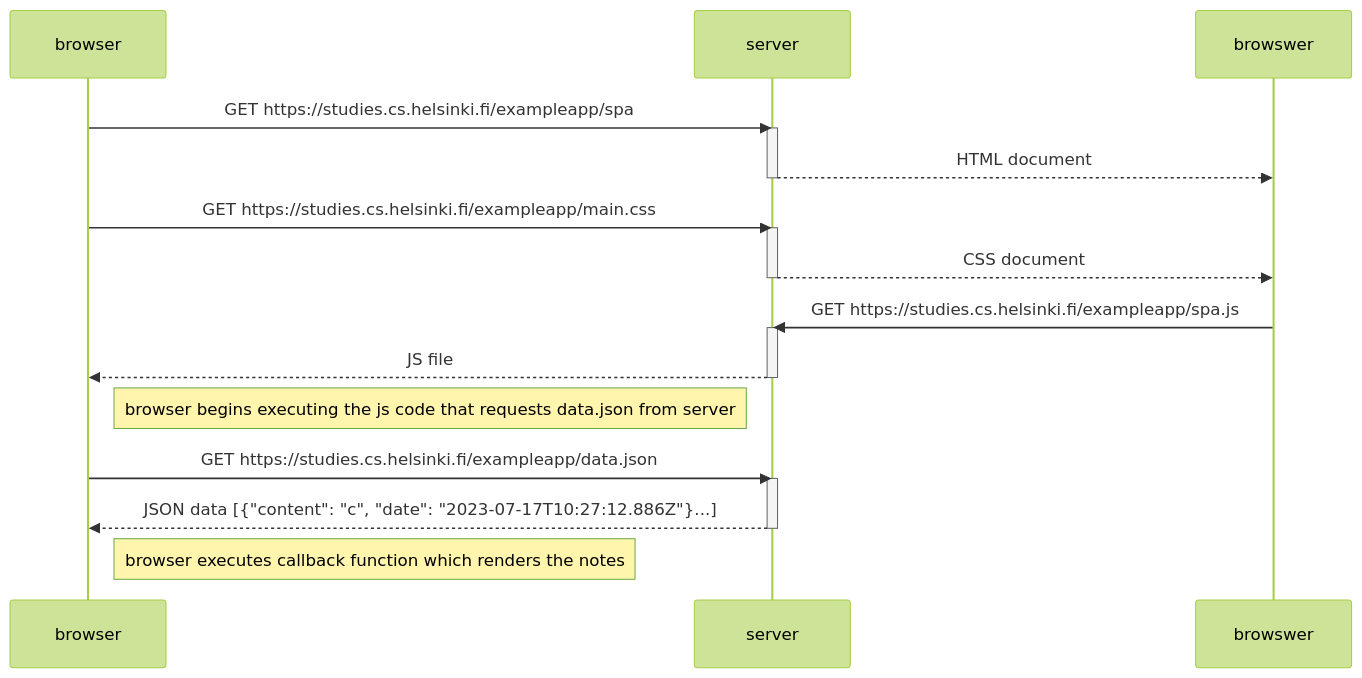
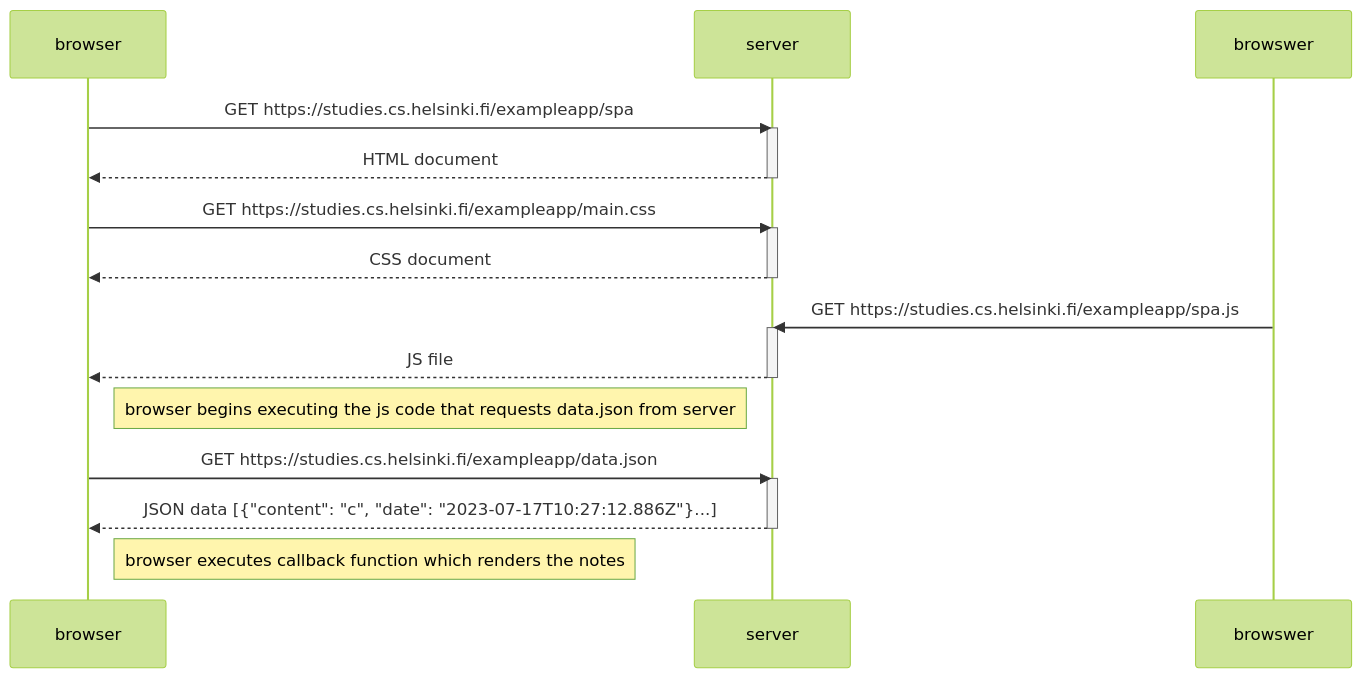
Before and after one commit to WMCS50/fso-part0: the diagram in 0.5-new-note-diagram.md, drawn with Mermaid (forest theme).

````diff
--- a/0.5-new-note-diagram.md
+++ b/0.5-new-note-diagram.md
@@ -1,28 +1,28 @@
 ```mermaid
     sequenceDiagram
         participant browser
         participant server
 
         browser->>server: GET https://studies.cs.helsinki.fi/exampleapp/spa
         activate server
-        server-->>browswer: HTML document
+        server-->>browser: HTML document
         deactivate server
 
         browser->>server: GET https://studies.cs.helsinki.fi/exampleapp/main.css
         activate server
-        server-->>browswer: CSS document
+        server-->>browser: CSS document
         deactivate server
 
         browswer->>server: GET https://studies.cs.helsinki.fi/exampleapp/spa.js
         activate server
         server-->>browser: JS file
         deactivate server
 
         Note right of browser: browser begins executing the js code that requests data.json from server
 
         browser->>server: GET https://studies.cs.helsinki.fi/exampleapp/data.json
         activate server
         server-->>browser: JSON data [{"content": "c", "date": "2023-07-17T10:27:12.886Z"}...]
         deactivate server
         Note right of browser: browser executes callback function which renders the notes
 ```
````
